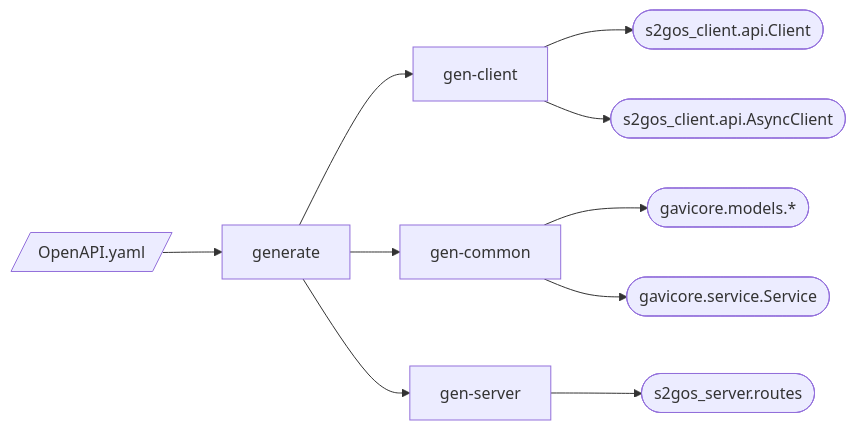
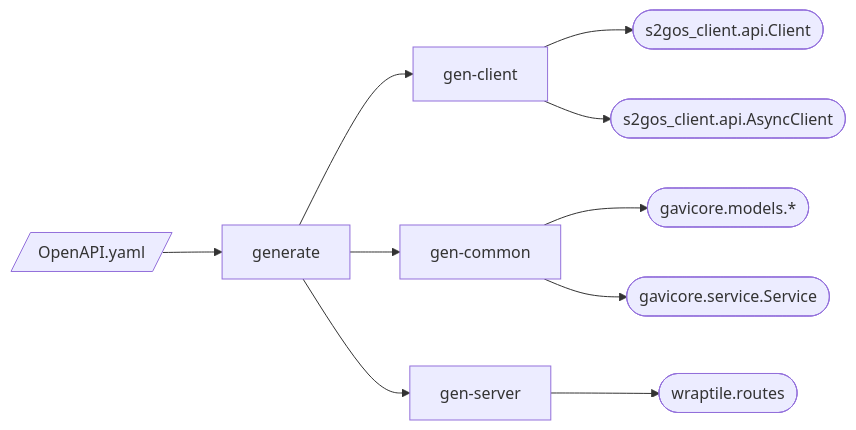
Before and after one commit to eo-tools/eozilla: the fifth of 6 diagrams in docs/architecture.md, drawn with Mermaid. The commit also changed other lines of this file and 44 other files, not shown here.

Commit message:
renamed `s2gos_server` into `wraptile`

````diff
--- a/docs/architecture.md
+++ b/docs/architecture.md
@@ -214,22 +214,22 @@
 ```mermaid
 ---
 config:
   theme: default
 ---
 flowchart LR
     openapi@{ shape: lean-r, label: "OpenAPI.yaml" }
     sync_client@{ shape: stadium, label: "s2gos_client.api.Client" }
     async_client@{ shape: stadium, label: "s2gos_client.api.AsyncClient" }
     models@{ shape: stadium, label: "gavicore.models.*" }
     service@{ shape: stadium, label: "gavicore.service.Service" }
-    routes@{ shape: stadium, label: "s2gos_server.routes" }
+    routes@{ shape: stadium, label: "wraptile.routes" }
     openapi --> generate
     generate --> gen-client
     generate --> gen-common
     generate --> gen-server
     gen-client --> sync_client
     gen-client --> async_client
     gen-common --> models
     gen-common --> service
     gen-server --> routes
 ```
````
